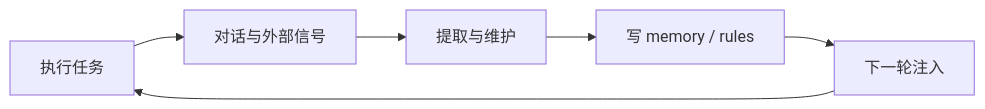
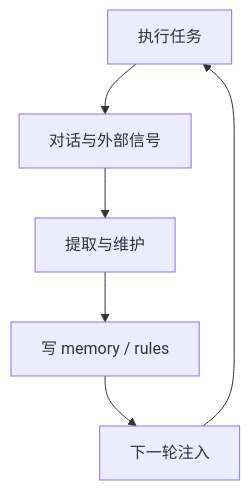
The second of 2 diagrams in README.md (lengzhao/oneclaw), drawn with Mermaid before and after one commit. The commit also changed other lines of this file and 63 other files, not shown here.

Commit message:
支持语音/图片

````diff
--- a/README.md
+++ b/README.md
@@ -125,8 +127,8 @@
 ```mermaid
-flowchart LR
+flowchart TB
   A[执行任务] --> B[对话与外部信号]
   B --> C[提取与维护]
   C --> D[写 memory / rules]
   D --> E[下一轮注入]
   E --> A
 ```
````
